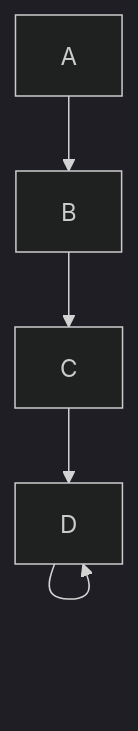
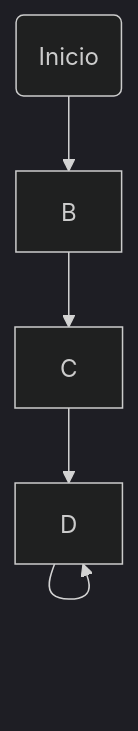
Before and after one commit to juancmacias/juancmacias: the diagram in README.md, drawn with Mermaid (dark theme).

````diff
--- a/README.md
+++ b/README.md
@@ -12,7 +12,7 @@
 ```mermaid
 graph TD;
-    A-->B;
+    A(Inicio)-->B;
     B-->C;
     C-->D;
     D-->D;
 ```
````
